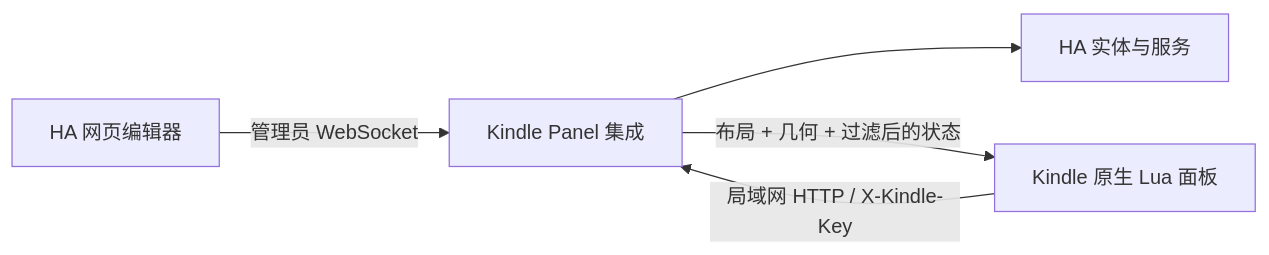
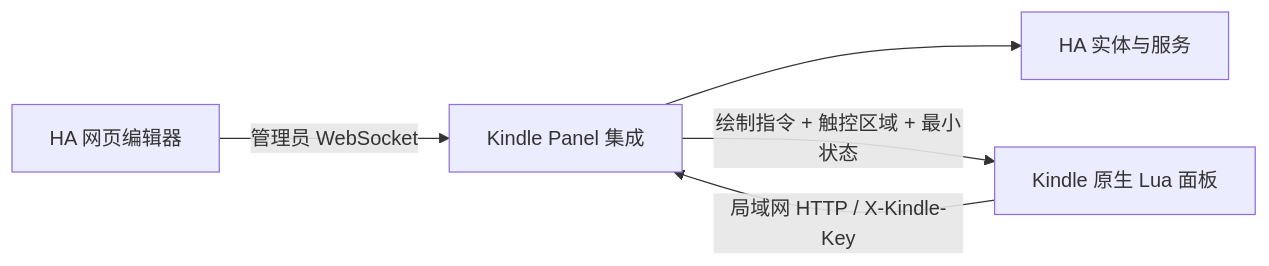
Before and after one commit to CasenChan/kindle-native-ha: the diagram in docs/architecture.md, drawn with Mermaid. The commit also changed other lines of this file and 4 other files, not shown here.

````diff
--- a/docs/architecture.md
+++ b/docs/architecture.md
@@ -3,7 +3,7 @@
 ```mermaid
 flowchart LR
   E[HA 网页编辑器] -->|管理员 WebSocket| H[Kindle Panel 集成]
   H --> S[HA 实体与服务]
   K[Kindle 原生 Lua 面板] -->|局域网 HTTP / X-Kindle-Key| H
-  H -->|布局 + 几何 + 过滤后的状态| K
+  H -->|绘制指令 + 触控区域 + 最小状态| K
 ```
````
